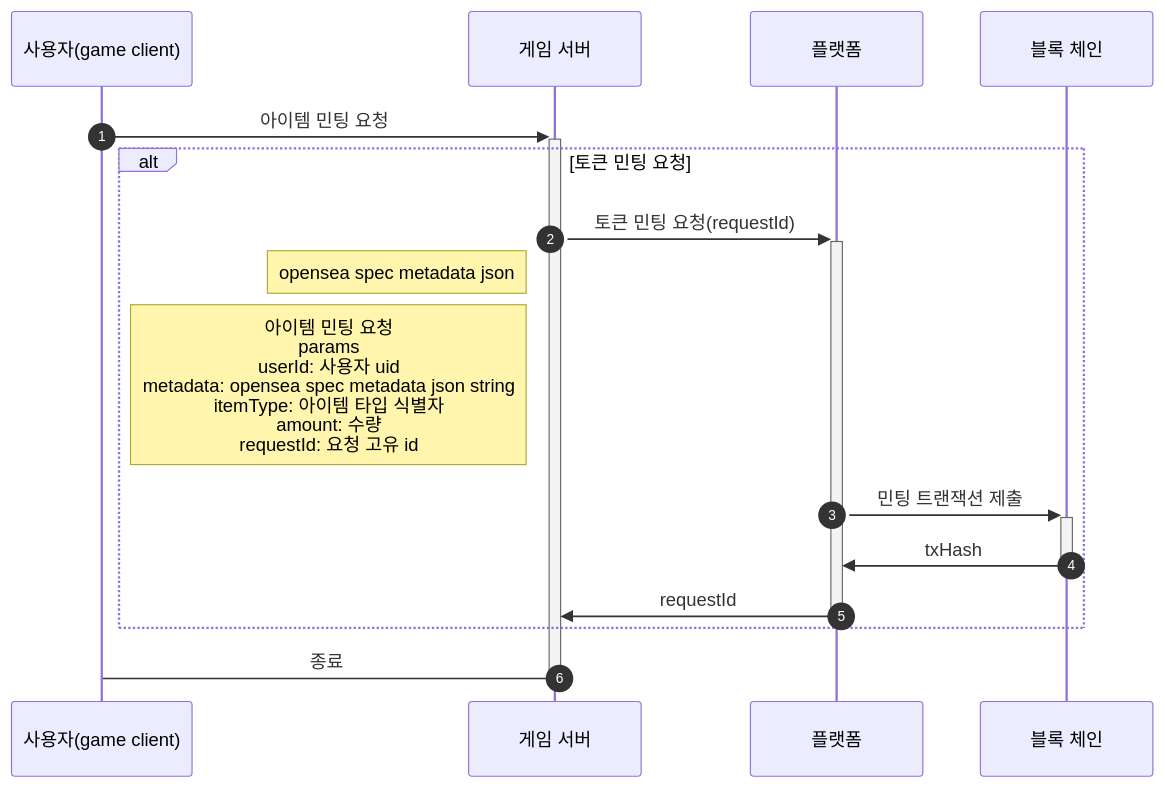
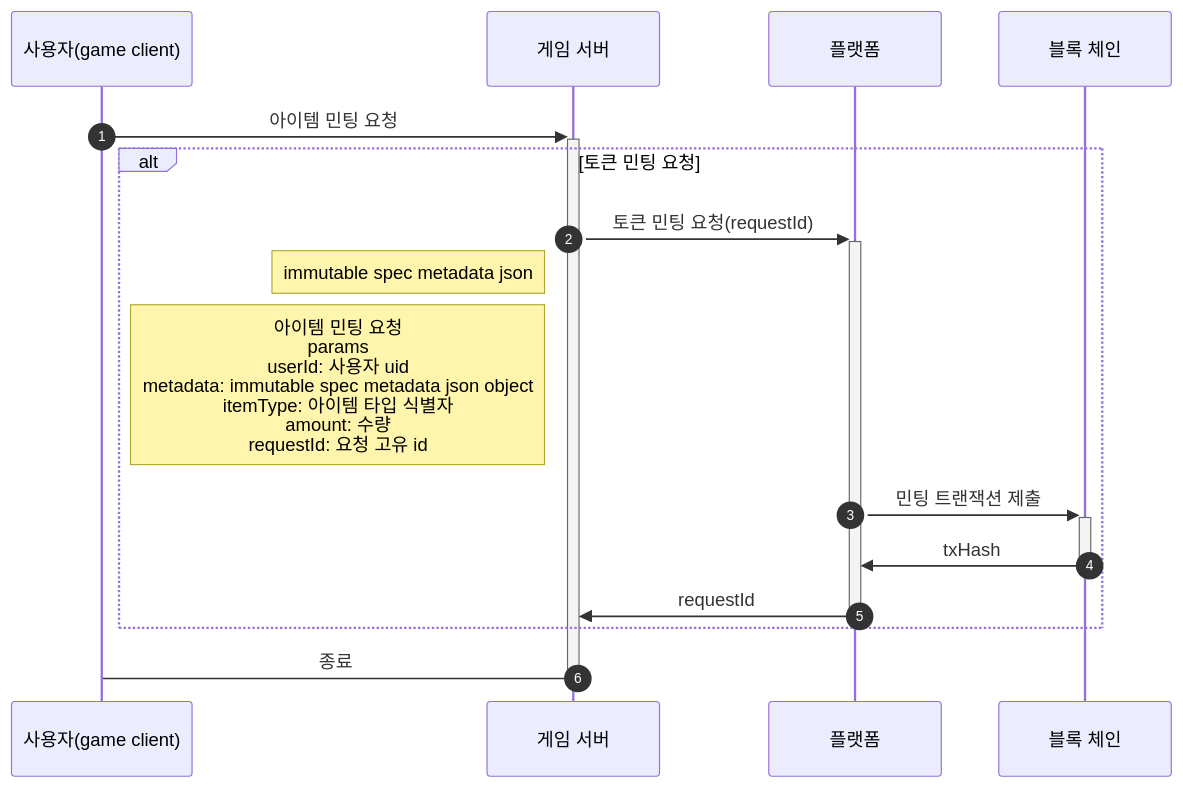
Before and after one commit to ottm-labs/ottm-labs.github.io: the first of 6 diagrams in Overtake/topics/토큰-발행-및-삭제.md, drawn with Mermaid. The commit also changed other lines of this file, not shown here.

````diff
--- a/Overtake/topics/토큰-발행-및-삭제.md
+++ b/Overtake/topics/토큰-발행-및-삭제.md
@@ -127,21 +127,21 @@
 ```mermaid
 sequenceDiagram
 autonumber
 participant user as 사용자(game client)
 participant game as 게임 서버
 participant platform as 플랫폼
 participant chain as 블록 체인
 
 user ->> +game: 아이템 민팅 요청
 alt 토큰 민팅 요청
 game ->> +platform: 토큰 민팅 요청(requestId)
-Note left of game: opensea spec metadata json
-Note left of game: 아이템 민팅 요청<br>params<br>userId: 사용자 uid<br>metadata: opensea spec metadata json string<br>itemType: 아이템 타입 식별자<br>amount: 수량<br>requestId: 요청 고유 id
+Note left of game: immutable spec metadata json
+Note left of game: 아이템 민팅 요청<br>params<br>userId: 사용자 uid<br>metadata: immutable spec metadata json object<br>itemType: 아이템 타입 식별자<br>amount: 수량<br>requestId: 요청 고유 id
 
 platform ->> +chain: 민팅 트랜잭션 제출
 chain ->> -platform: txHash
 platform ->> -game: requestId
 end
 game -> -user: 종료
 
 ```
````
